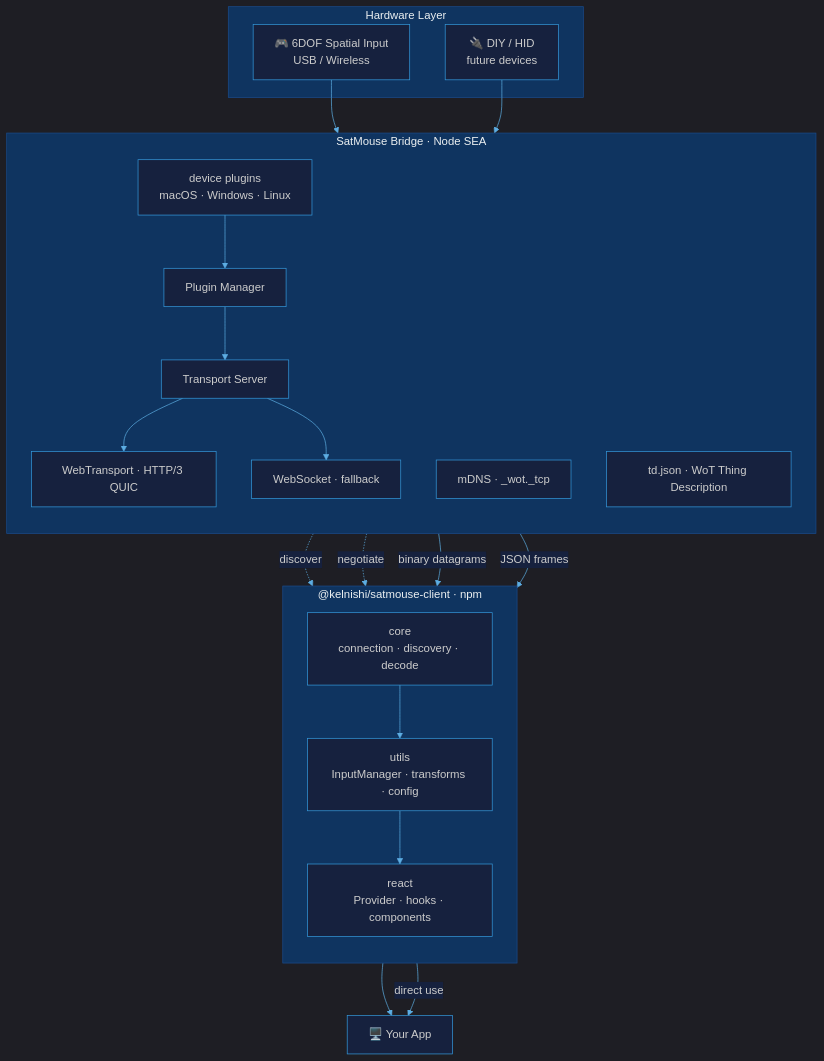
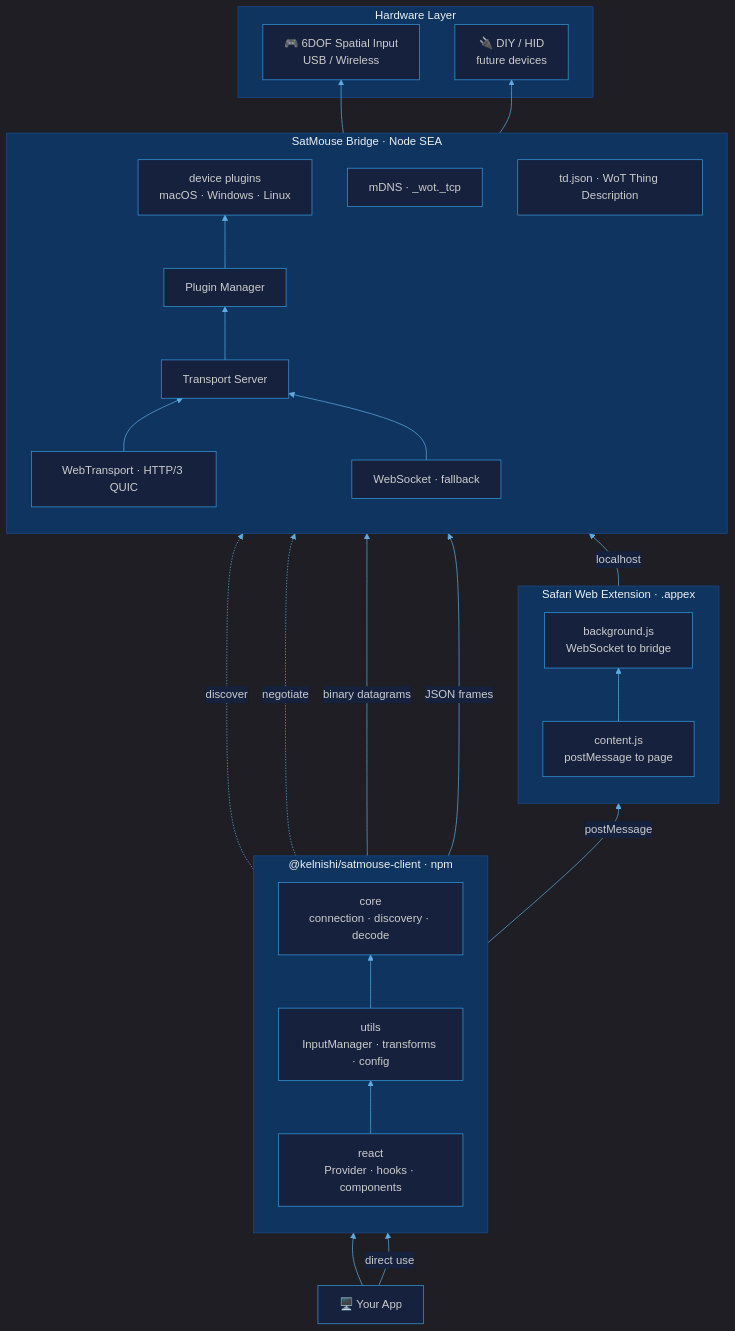
The diagram in docs/architecture.mmd (kelnishi/SatMouse), drawn with Mermaid before and after one commit. The commit also changed 1 other file, not shown here.

Commit message:
Update architecture diagram: add Safari Extension, invert layout
App at top, hardware at bottom. Shows the Safari Web Extension path
(content.js → background.js → WebSocket → bridge) alongside the
direct WebTransport and WebSocket transports.

```diff
--- a/docs/architecture.mmd
+++ b/docs/architecture.mmd
@@ -1,42 +1,51 @@
 %%{init: {'theme': 'dark', 'themeVariables': { 'primaryColor': '#2980b9', 'primaryTextColor': '#ecf0f1', 'primaryBorderColor': '#3498db', 'lineColor': '#5dade2', 'secondaryColor': '#16213e', 'tertiaryColor': '#0f3460', 'background': '#1a1a2e', 'mainBkg': '#16213e', 'nodeBorder': '#3498db', 'clusterBkg': '#0f3460', 'clusterBorder': '#1a4a8a', 'titleColor': '#ecf0f1', 'edgeLabelBackground': '#16213e' }}}%%
 
-graph TB
+graph BT
   subgraph hw [Hardware Layer]
     SM[🎮 6DOF Spatial Input<br/>USB / Wireless]
     DIY[🔌 DIY / HID<br/>future devices]
   end
 
   subgraph bridge [SatMouse Bridge · Node SEA]
-    direction TB
+    direction BT
+    SP[device plugins<br/>macOS · Windows · Linux]
     PM[Plugin Manager]
-    SP[device plugins<br/>macOS · Windows · Linux]
     TS[Transport Server]
     WT[WebTransport · HTTP/3 QUIC]
     WS[WebSocket · fallback]
     MD[mDNS · _wot._tcp]
     TD[td.json · WoT Thing Description]
   end
 
+  subgraph ext [Safari Web Extension · .appex]
+    direction BT
+    CS[content.js<br/>postMessage to page]
+    BG[background.js<br/>WebSocket to bridge]
+  end
+
   subgraph client ["@kelnishi/satmouse-client · npm"]
-    direction TB
+    direction BT
     CORE["core<br/>connection · discovery · decode"]
     UTILS["utils<br/>InputManager · transforms · config"]
     REACT["react<br/>Provider · hooks · components"]
   end
 
   APP[🖥️ Your App]
 
-  SM --> SP
-  DIY --> SP
-  SP --> PM
-  PM --> TS
-  TS --> WT
-  TS --> WS
-  MD -.->|discover| CORE
-  TD -.->|negotiate| CORE
-  WT -->|binary datagrams| CORE
-  WS -->|JSON frames| CORE
-  CORE --> UTILS
-  UTILS --> REACT
-  REACT --> APP
-  UTILS -->|direct use| APP
+  SP --> SM
+  SP --> DIY
+  PM --> SP
+  TS --> PM
+  WT --> TS
+  WS --> TS
+  BG -->|localhost| WS
+  CS --> BG
+  CORE -->|postMessage| CS
+  CORE -.->|discover| MD
+  CORE -.->|negotiate| TD
+  CORE -->|binary datagrams| WT
+  CORE -->|JSON frames| WS
+  UTILS --> CORE
+  REACT --> UTILS
+  APP --> REACT
+  APP -->|direct use| UTILS
```
